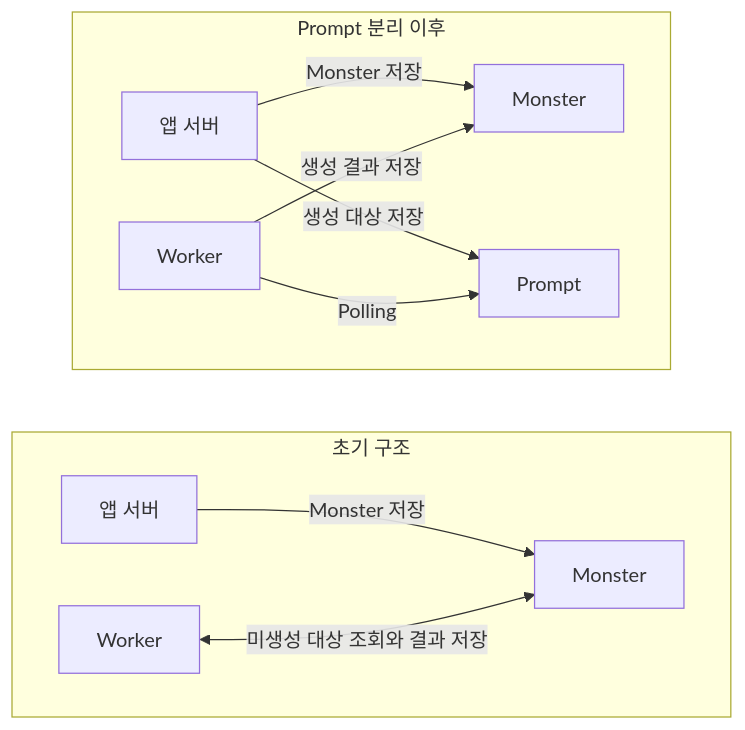
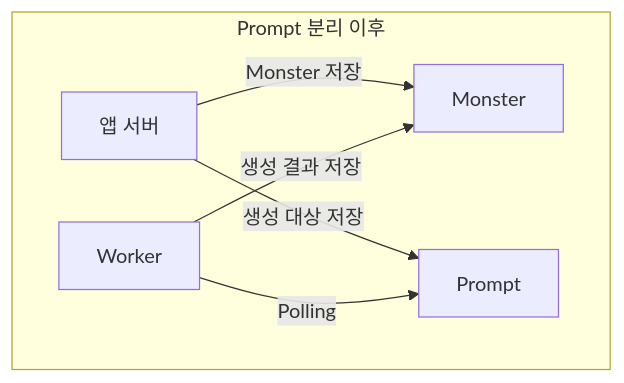
The second of 6 diagrams in technical-writing/blog-draft/manuscript-v2.md (kangrae-jo/woowa-archive), drawn with Mermaid before and after one commit. The commit also changed other lines of this file, not shown here.

````diff
--- a/technical-writing/blog-draft/manuscript-v2.md
+++ b/technical-writing/blog-draft/manuscript-v2.md
@@ -27,15 +37,10 @@
 ```mermaid
 flowchart LR
-    subgraph initial["초기 구조"]
-        direction LR
-        appBefore["앱 서버"] -->|"Monster 저장"| monsterBefore["Monster"]
-        workerBefore["Worker"] <-->|"미생성 대상 조회와 결과 저장"| monsterBefore
-    end
     subgraph splitPrompt["Prompt 분리 이후"]
         direction LR
         appAfter["앱 서버"] -->|"Monster 저장"| monsterAfter["Monster"]
         appAfter -->|"생성 대상 저장"| promptAfter["Prompt"]
         workerAfter["Worker"] -->|"Polling"| promptAfter
         workerAfter -->|"생성 결과 저장"| monsterAfter
     end
 ```
````
